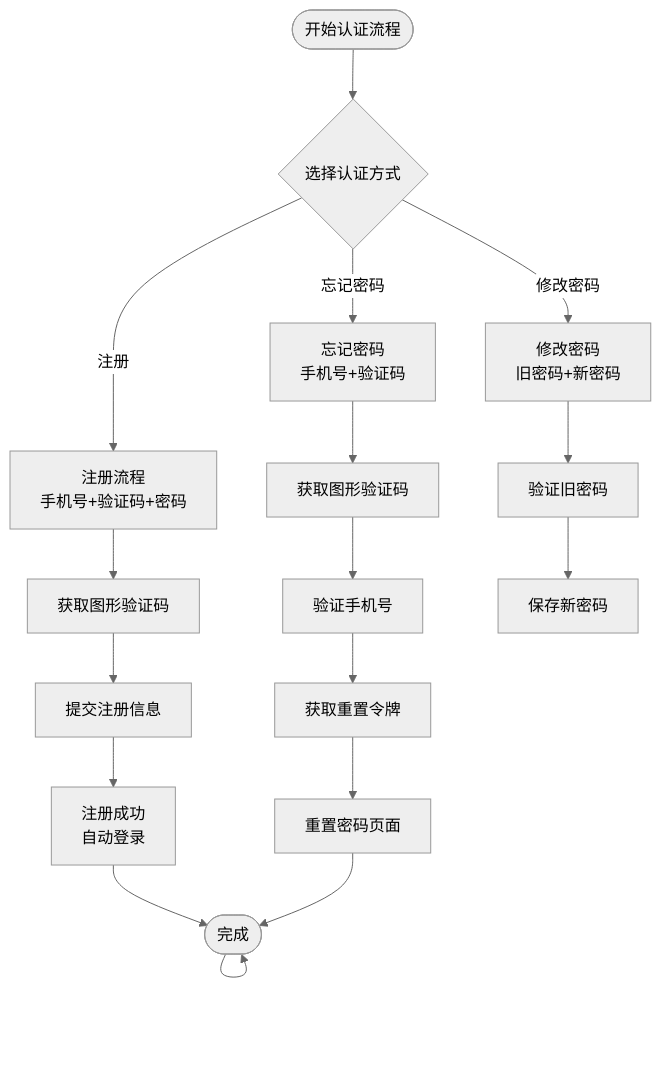
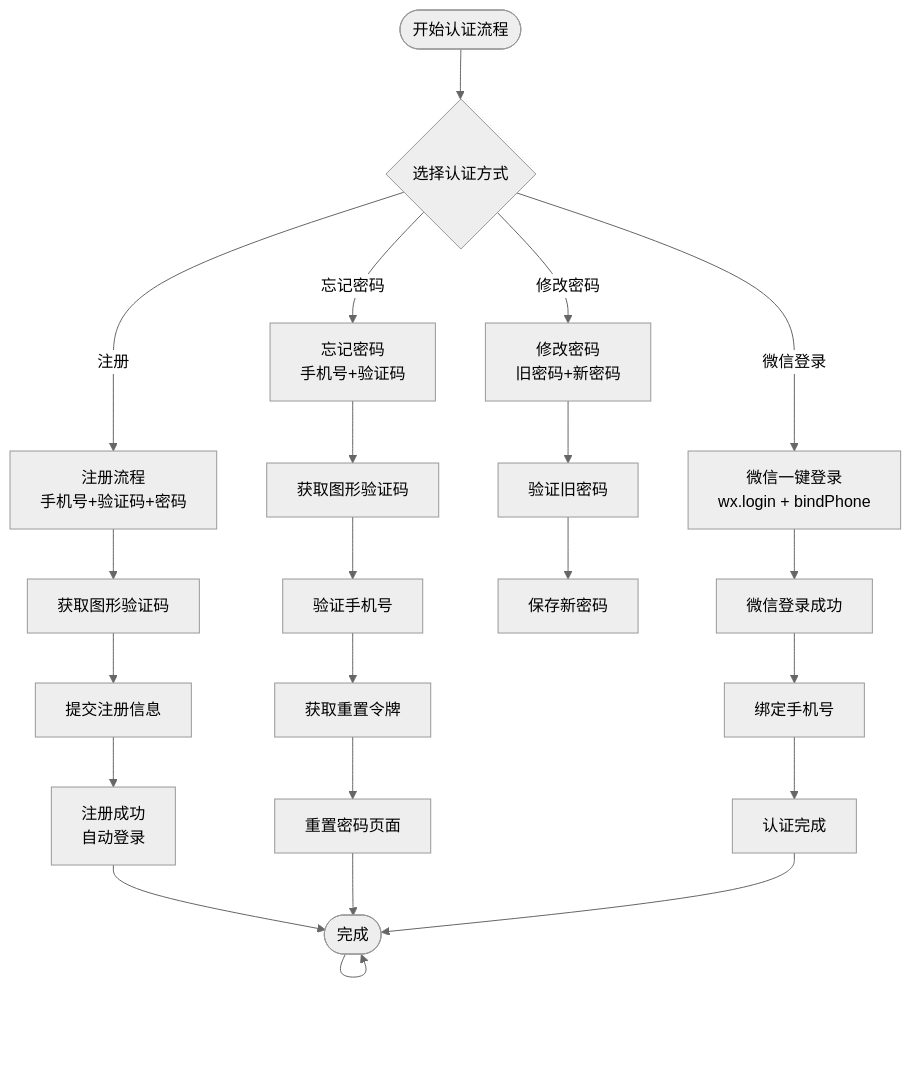
One commit to lsqwawa/free-dress changed the fifth of 13 diagrams in .qoder/repowiki/zh/content/微信小程序开发/微信小程序开发.md. Above: the diagram before and after it, drawn with Mermaid (neutral theme). The commit also changed other lines of this file and 71 other files, not shown here.

````diff
--- a/.qoder/repowiki/zh/content/微信小程序开发/微信小程序开发.md
+++ b/.qoder/repowiki/zh/content/微信小程序开发/微信小程序开发.md
@@ -303,19 +360,24 @@
 ```mermaid
 flowchart TD
 Start(["开始认证流程"]) --> Choice{"选择认证方式"}
 Choice --> |注册| Register["注册流程<br/>手机号+验证码+密码"]
 Choice --> |忘记密码| Forgot["忘记密码<br/>手机号+验证码"]
 Choice --> |修改密码| Change["修改密码<br/>旧密码+新密码"]
+Choice --> |微信登录| Wechat["微信一键登录<br/>wx.login + bindPhone"]
 Register --> Captcha1["获取图形验证码"]
 Captcha1 --> SubmitReg["提交注册信息"]
 SubmitReg --> Success1["注册成功<br/>自动登录"]
 Forgot --> Captcha2["获取图形验证码"]
 Captcha2 --> Verify["验证手机号"]
 Verify --> GetToken["获取重置令牌"]
 GetToken --> Reset["重置密码页面"]
 Change --> Auth["验证旧密码"]
 Auth --> Save["保存新密码"]
+Wechat --> Login["微信登录成功"]
+Login --> BindPhone["绑定手机号"]
+BindPhone --> Success2["认证完成"]
 Success1 --> End(["完成"])
 Reset --> End
+Success2 --> End
 End --> End
 ```
````
